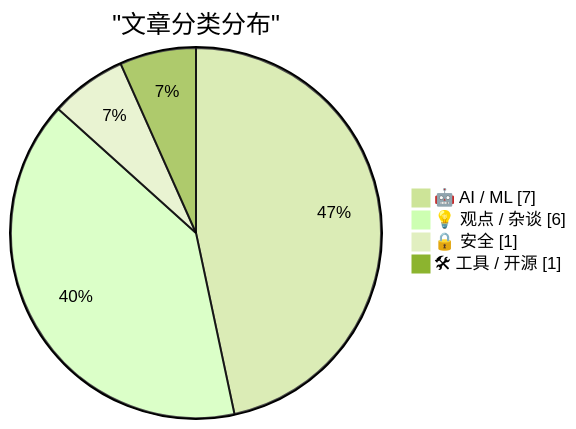
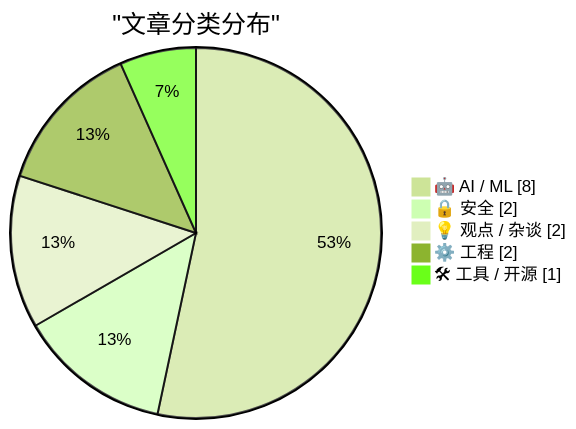
The first of 2 diagrams in digests/digest-20260810.md (Halcyon-ccc/ai-daily-digest), drawn with Mermaid (forest theme) before and after one commit. The commit also changed other lines of this file, not shown here.

````diff
--- a/digests/digest-20260810.md
+++ b/digests/digest-20260810.md
@@ -389,8 +391,9 @@
 ```mermaid
 pie showData
     title "文章分类分布"
-    "🤖 AI / ML" : 7
-    "💡 观点 / 杂谈" : 6
-    "🔒 安全" : 1
+    "🤖 AI / ML" : 8
+    "🔒 安全" : 2
+    "💡 观点 / 杂谈" : 2
+    "⚙️ 工程" : 2
     "🛠 工具 / 开源" : 1
 ```
````
